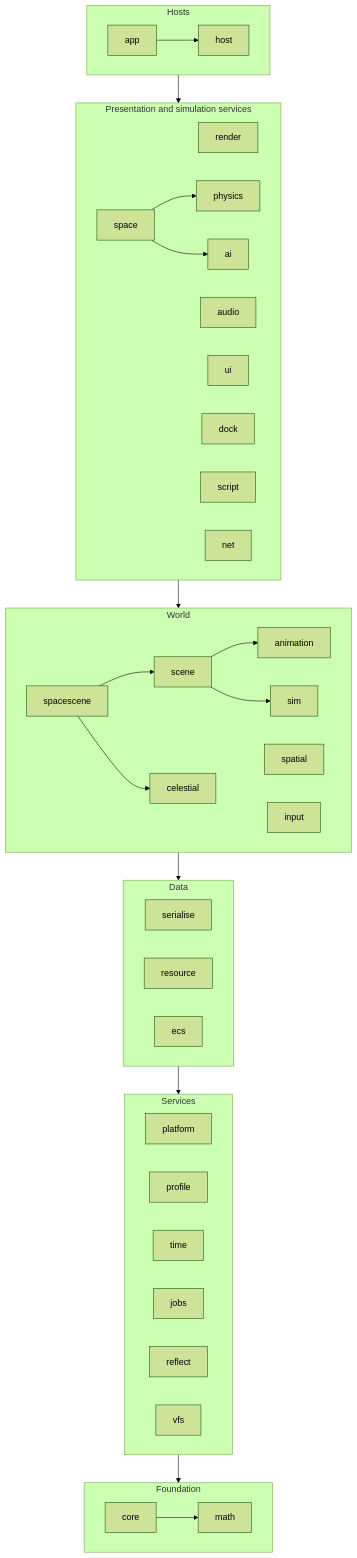
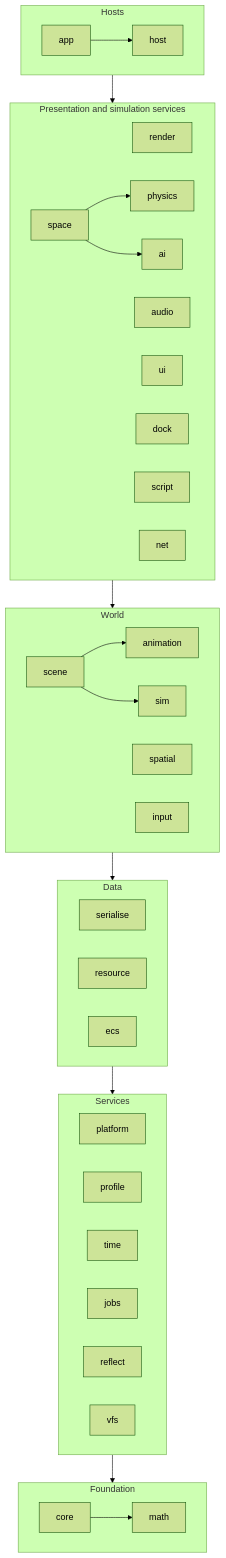
One commit to ivanhawkes/jettison changed the diagram in docs/architecture.md. Above: the diagram before and after it, drawn with Mermaid (forest theme). The commit also changed other lines of this file and 169 other files, not shown here.

````diff
--- a/docs/architecture.md
+++ b/docs/architecture.md
@@ -140,32 +136,30 @@
 ```mermaid
 flowchart TB
     subgraph T0[Foundation]
         core --> math
     end
     subgraph T1[Services]
         platform; profile; time; jobs; reflect; vfs
     end
     subgraph T2[Data]
         serialise; resource; ecs
     end
     subgraph T3[World]
         scene --> animation
         scene --> sim
-        spacescene --> scene
-        spacescene --> celestial
         sim; spatial; input
     end
     subgraph T4[Presentation and simulation services]
         render; physics; audio; ui; ai; dock; script; net
         space --> physics
         space --> ai
     end
     subgraph T5[Hosts]
         app --> host
     end
     T1 --> T0
     T2 --> T1
     T3 --> T2
     T4 --> T3
     T5 --> T4
 ```
````
